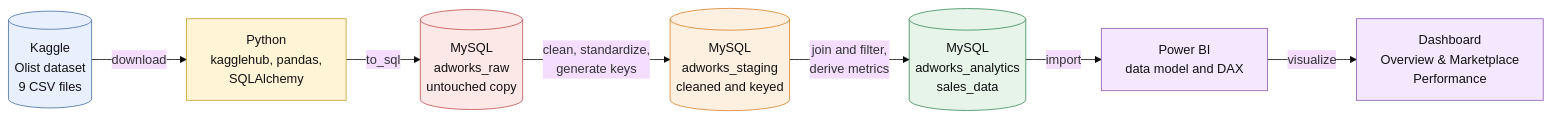
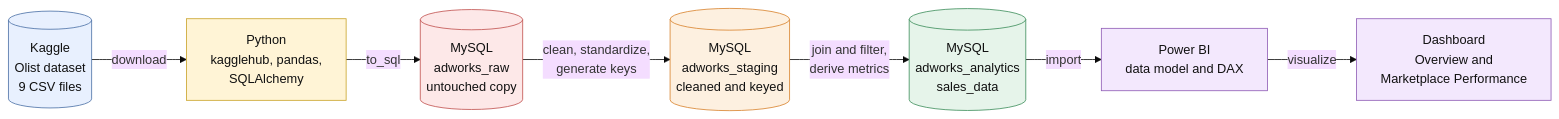
Before and after one commit to hellena278/Olist-E-Commerce-Analytics: the first of 2 diagrams in README.md, drawn with Mermaid (base theme). The commit also changed other lines of this file and 5 other files, not shown here.

````diff
--- a/README.md
+++ b/README.md
@@ -26,25 +25,25 @@
 ```mermaid
 flowchart LR
     A[("Kaggle<br/>Olist dataset<br/>9 CSV files")]
     B["Python<br/>kagglehub, pandas,<br/>SQLAlchemy"]
     C[("MySQL<br/>adworks_raw<br/>untouched copy")]
     D[("MySQL<br/>adworks_staging<br/>cleaned and keyed")]
     E[("MySQL<br/>adworks_analytics<br/>sales_data")]
     F["Power BI<br/>data model and DAX"]
-    G["Dashboard<br/>Overview & Marketplace<br/>Performance"]
+    G["Dashboard<br/>Overview and<br/>Marketplace Performance"]
 
     A -->|download| B
     B -->|to_sql| C
     C -->|clean, standardize,<br/>generate keys| D
     D -->|join and filter,<br/>derive metrics| E
     E -->|import| F
     F -->|visualize| G
 
     style A fill:#e8f0fe,stroke:#4a6fa5,color:#111
     style B fill:#fff4d6,stroke:#c9a227,color:#111
     style C fill:#fde8e8,stroke:#c0504d,color:#111
     style D fill:#fdf0e0,stroke:#d9822b,color:#111
     style E fill:#e6f4ea,stroke:#3c8d5a,color:#111
     style F fill:#f3e8fd,stroke:#8e5bb5,color:#111
     style G fill:#f3e8fd,stroke:#8e5bb5,color:#111
 ```
````
